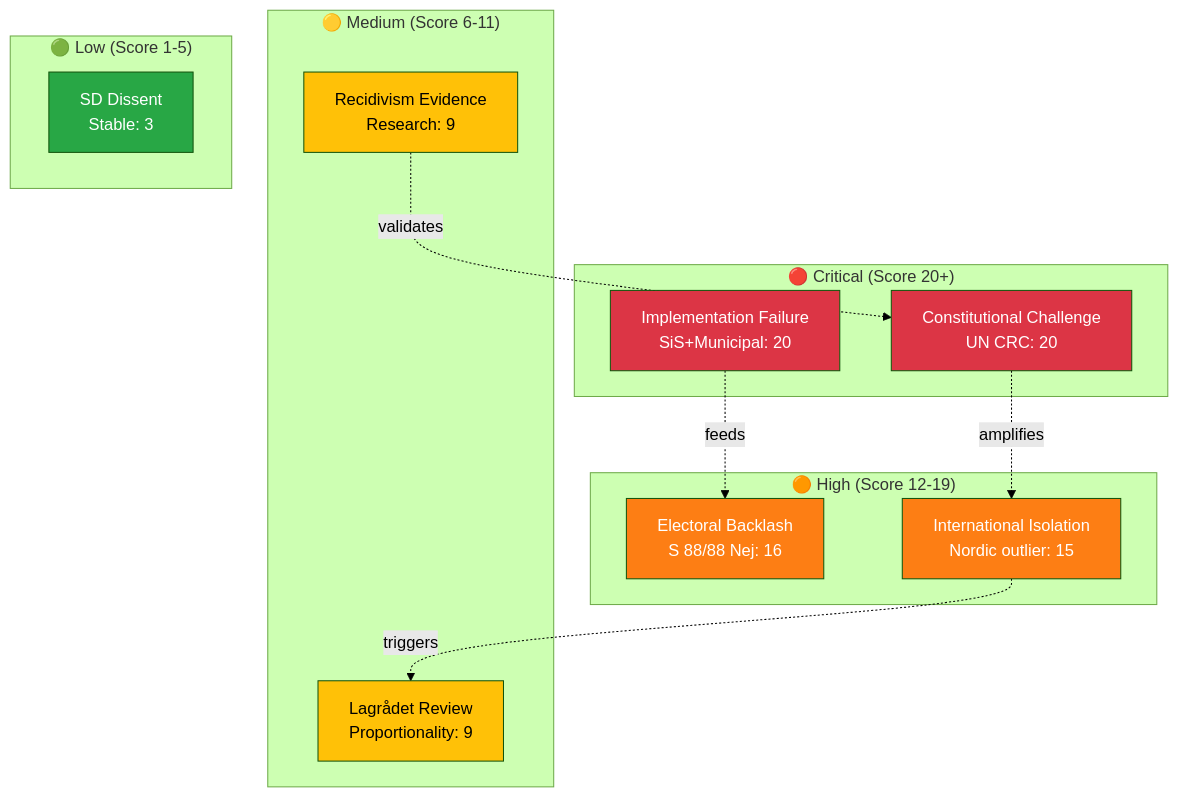
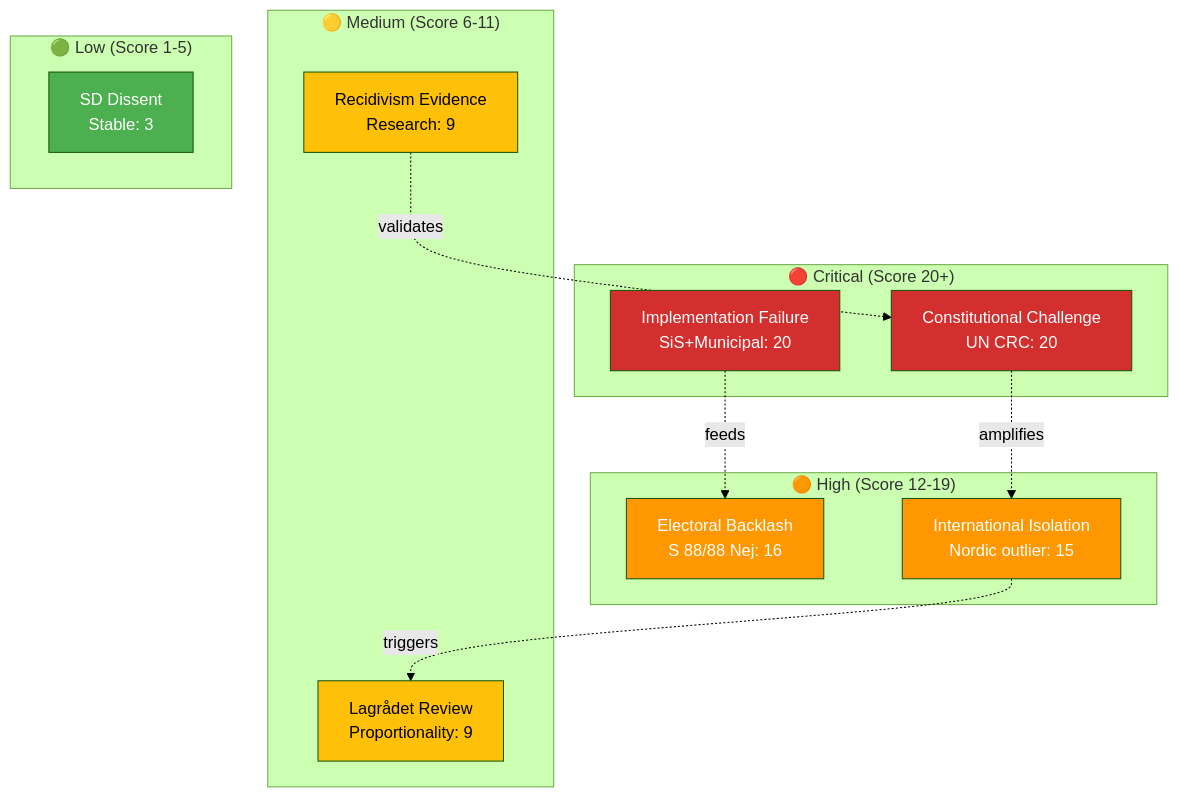
One commit to Hack23/riksdagsmonitor changed the second of 2 diagrams in analysis/daily/2026-04-16/realtime-1244/threat-analysis.md. Above: the diagram before and after it, drawn with Mermaid (forest theme). The commit also changed other lines of this file and 785 other files, not shown here.

First line of the commit message:
Normalize mermaid colors across 786 analysis artifacts to ISMS Style Guide palette

````diff
--- a/analysis/daily/2026-04-16/realtime-1244/threat-analysis.md
+++ b/analysis/daily/2026-04-16/realtime-1244/threat-analysis.md
@@ -142,34 +142,34 @@
 ```mermaid
 graph TB
     subgraph "🔴 Critical (Score 20+)"
         T_IMPL["Implementation Failure<br/>SiS+Municipal: 20"]
         T_CONST["Constitutional Challenge<br/>UN CRC: 20"]
     end
     
     subgraph "🟠 High (Score 12-19)"
         T_ELEC["Electoral Backlash<br/>S 88/88 Nej: 16"]
         T_INTL["International Isolation<br/>Nordic outlier: 15"]
     end
     
     subgraph "🟡 Medium (Score 6-11)"
         T_LAGR["Lagrådet Review<br/>Proportionality: 9"]
         T_RECID["Recidivism Evidence<br/>Research: 9"]
     end
     
     subgraph "🟢 Low (Score 1-5)"
         T_SD["SD Dissent<br/>Stable: 3"]
     end
     
     T_IMPL -.->|"feeds"| T_ELEC
     T_CONST -.->|"amplifies"| T_INTL
     T_INTL -.->|"triggers"| T_LAGR
     T_RECID -.->|"validates"| T_CONST
     
-    style T_IMPL fill:#dc3545,color:#fff
-    style T_CONST fill:#dc3545,color:#fff
-    style T_ELEC fill:#fd7e14,color:#fff
-    style T_INTL fill:#fd7e14,color:#fff
-    style T_LAGR fill:#ffc107,color:#000
-    style T_RECID fill:#ffc107,color:#000
-    style T_SD fill:#28a745,color:#fff
+    style T_IMPL fill:#D32F2F,color:#FFFFFF
+    style T_CONST fill:#D32F2F,color:#FFFFFF
+    style T_ELEC fill:#FF9800,color:#FFFFFF
+    style T_INTL fill:#FF9800,color:#FFFFFF
+    style T_LAGR fill:#FFC107,color:#000000
+    style T_RECID fill:#FFC107,color:#000000
+    style T_SD fill:#4CAF50,color:#FFFFFF
 ```
````
